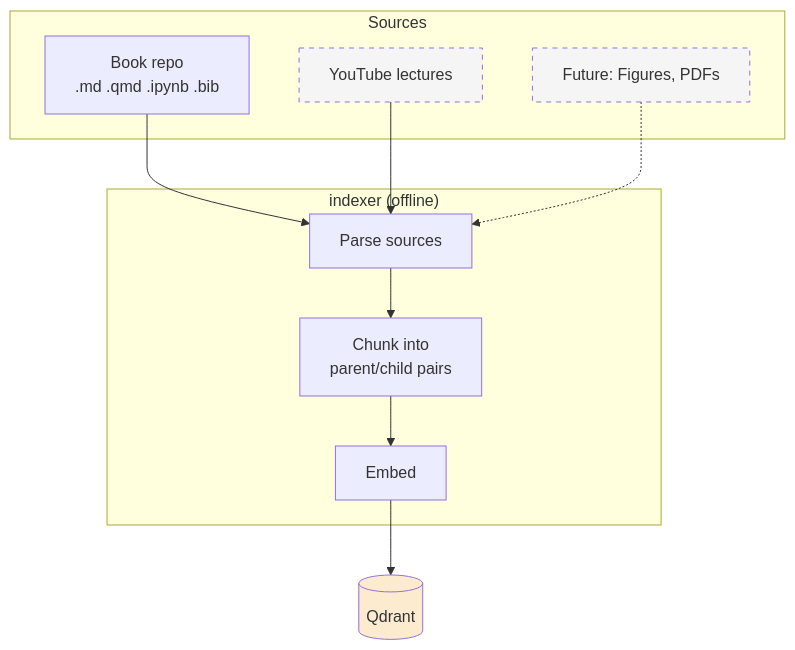
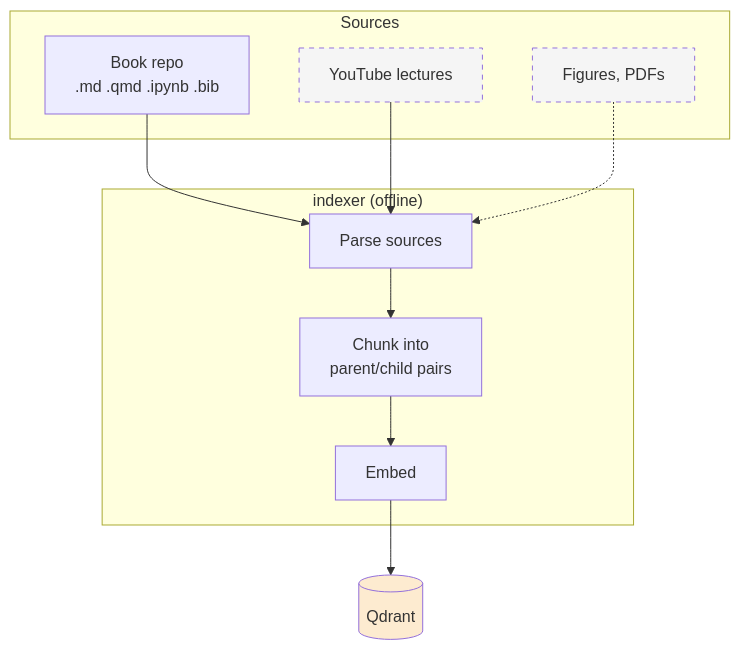
The third of 6 diagrams in system-design/architecture_overview.md (biplovbhandari/earthrise-book-assistant), drawn with Mermaid before and after one commit. The commit also changed other lines of this file and 1 other file, not shown here.

Commit message:
Docs: sync architecture docs with dense retrieval implementation

````diff
--- a/system-design/architecture_overview.md
+++ b/system-design/architecture_overview.md
@@ -80,25 +80,25 @@
 ```mermaid
 graph TD
   subgraph Sources
     Book[Book repo<br>.md .qmd .ipynb .bib]
     Videos[YouTube lectures]
-    Future[Future: Figures, PDFs]
+    Other[Figures, PDFs]
   end
 
   subgraph "indexer (offline)"
     Parse[Parse sources]
     Chunk[Chunk into<br>parent/child pairs]
     Embed[Embed]
   end
 
   Store[(Qdrant)]
 
   Book --> Parse
   Videos --> Parse
-  Future -.-> Parse
+  Other -.-> Parse
   Parse --> Chunk --> Embed --> Store
 
-  style Future fill:#f5f5f5,stroke-dasharray: 5 5
+  style Other fill:#f5f5f5,stroke-dasharray: 5 5
   style Videos fill:#f5f5f5,stroke-dasharray: 5 5
   style Store fill:#fdebd0
 ```
````
